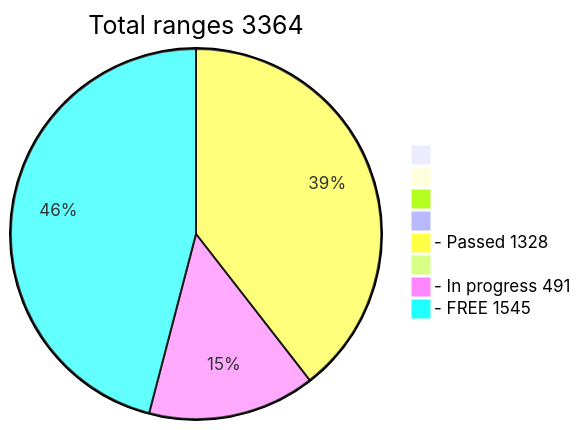
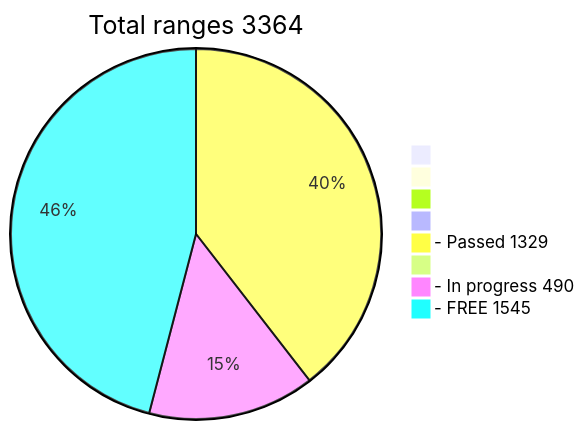
One commit to phrutis/wif500 changed the diagram in README.md. Above: the diagram before and after it, drawn with Mermaid.

````diff
--- a/README.md
+++ b/README.md
@@ -16,12 +16,12 @@
 ```mermaid
 pie title Total ranges 3364
              " " : 0
             "  " : 0
            "   " : 0
           "    " : 0
-  "- Passed 1328" : 1328
+  "- Passed 1329" : 1329
          "     " : 0
-  "- In progress 491" : 491
+  "- In progress 490" : 490
    "- FREE 1545" : 1545
    
 ```
````
